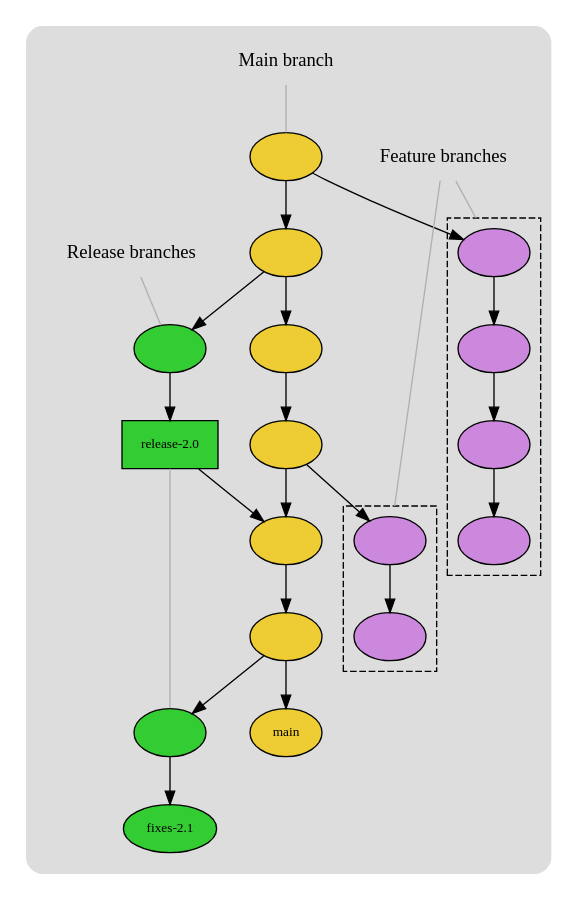
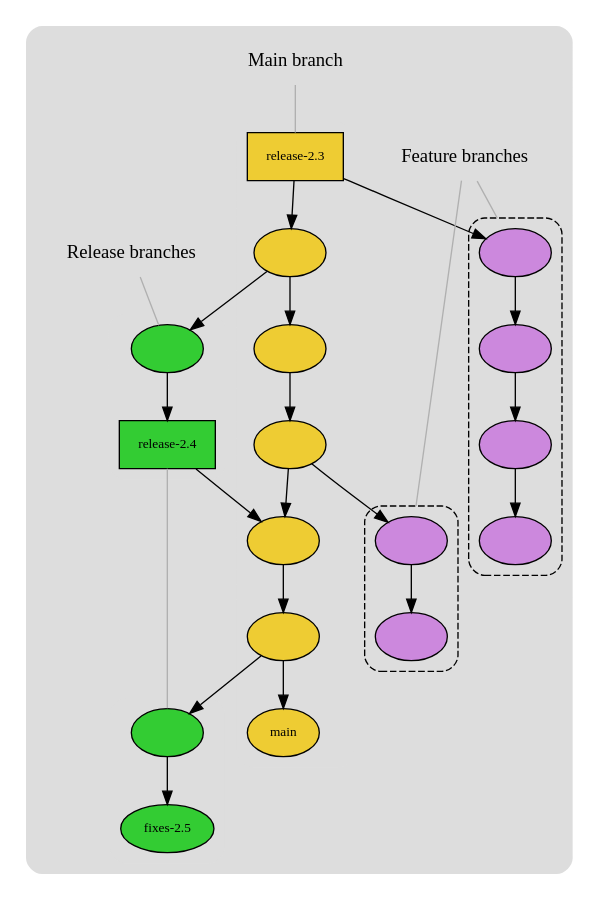
The diagram in site/images/light-flow.dot (yairchu/yairchu.github.io), drawn with Graphviz before and after one commit. The commit also changed 2 other files, not shown here.

```diff
--- a/site/images/light-flow.dot
+++ b/site/images/light-flow.dot
@@ -1,63 +1,64 @@
 digraph {
     graph [bgcolor=invis compound=true]
     subgraph cluster_all
     {
         graph [color=invis bgcolor="#dddddd" style=rounded]
 
         node [style="filled" fontcolor="black" label="" fontsize="10"]
 
         subgraph cluster_main
         {
             node [fillcolor="#eecc33"]
             main1 -> main2 -> main3 -> main4 -> main5 -> main6 -> main
             main [label="main"]
+            main1 [label="release-2.3" shape=rectangle]
         }
 
         node [fillcolor="#33cc33"]
         subgraph cluster_rela
         {
             rela0 -> rela
 
-            rela [label="release-2.0" shape=rect]
+            rela [label="release-2.4" shape=rect]
         }
 
         subgraph cluster_relb
         {
             relb0 -> relb
-            relb [label="fixes-2.1"]
+            relb [label="fixes-2.5"]
         }
 
         node [fillcolor="#cc88dd"]
         subgraph cluster_feata
         {
-            graph [color=black style=dashed]
+            graph [color=black style="dashed,rounded"]
             feata0 -> feata1 -> feata2 -> feata3
         }
 
         subgraph cluster_featb
         {
-            graph [color=black style=dashed]
+            graph [color=black style="dashed,rounded"]
             featb0 -> featb1
         }
 
         main2 -> rela0
         main1 -> feata0
         main4 -> featb0
         rela -> main5
         main6 -> relb0
 
         node [fontsize=14  fillcolor=invis color=invis shape=rect]
         main_root [label="Main branch"]
         feat_root [label="Feature branches"]
         rel_root [label="Release branches"]
 
         edge [color="#b0b0b0" arrowhead=none]
 
         feat_root -> feata0 [lhead="cluster_feata"]
         feat_root -> featb0 [lhead="cluster_featb"]
 
         main_root -> main1
         rel_root -> rela0
         rela -> relb0
     }
 }
```
